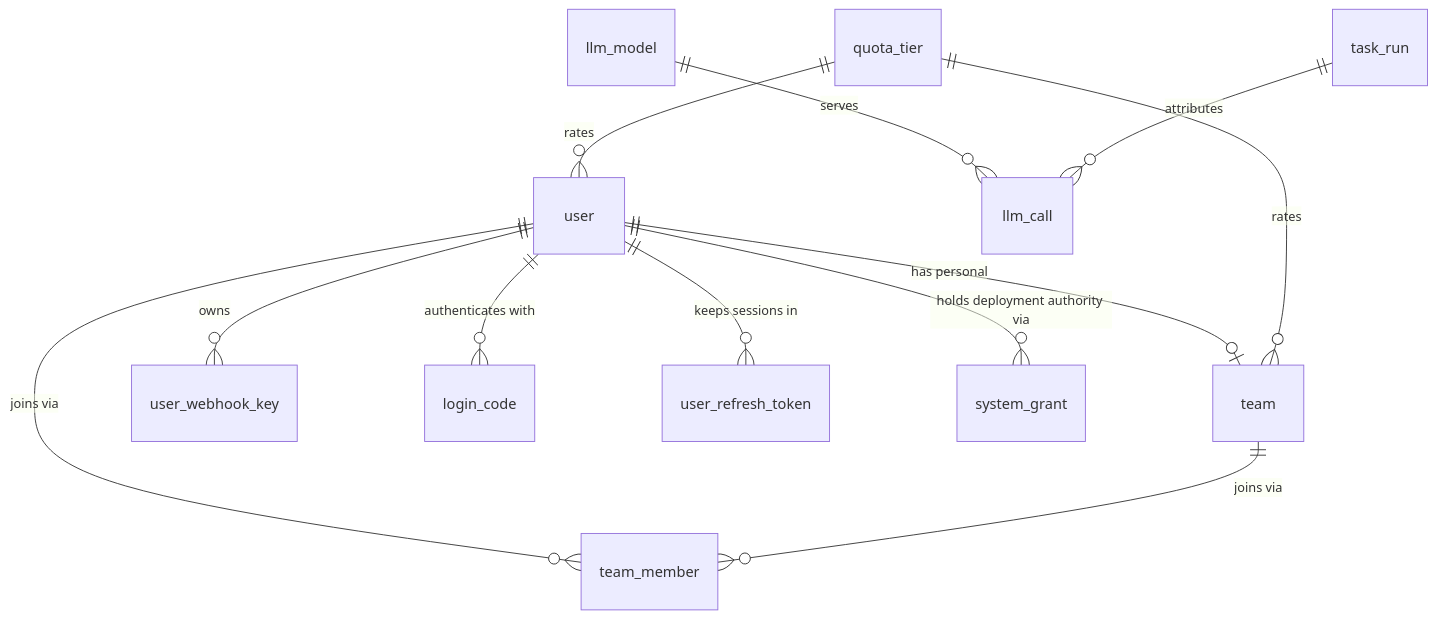
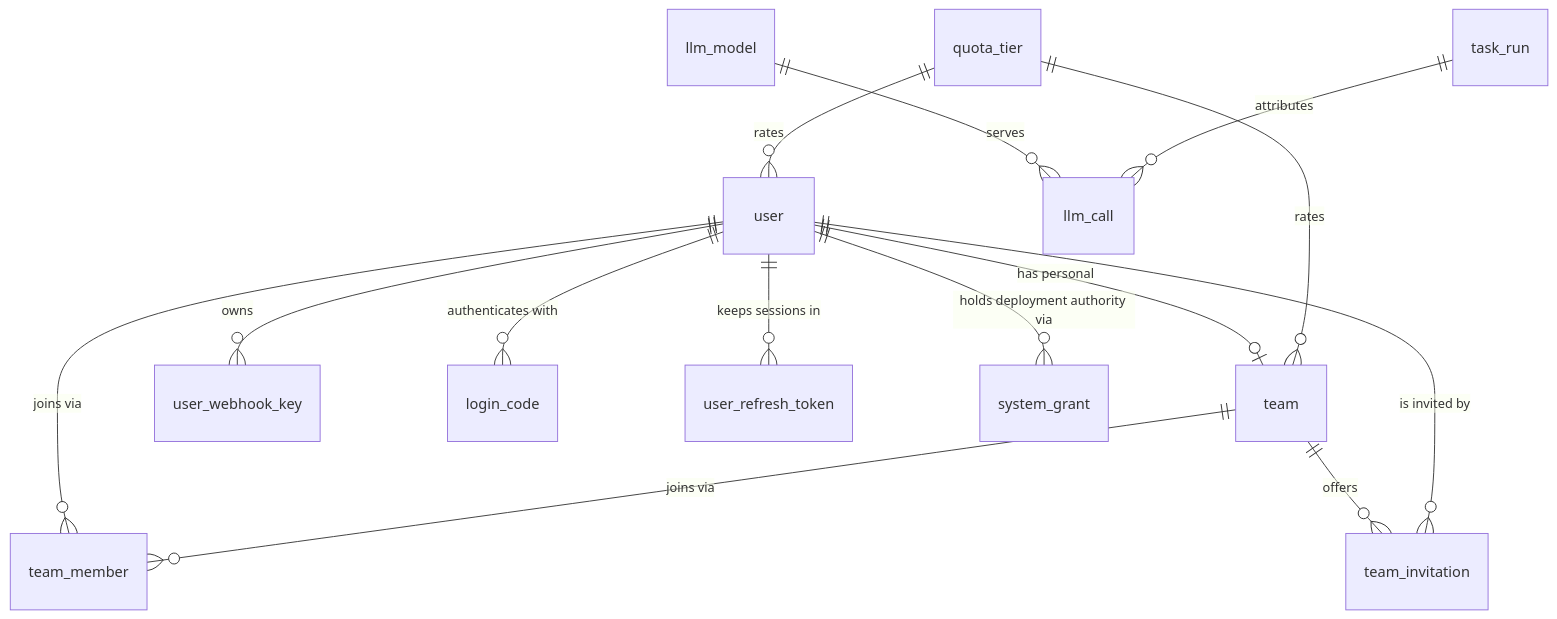
Before and after one commit to gougoujiang/buildmax: the second of 2 diagrams in docs/contribute/architecture/data-model.md, drawn with Mermaid. The commit also changed other lines of this file and 19 other files, not shown here.

First line of the commit message:
feat: Add team invitation, role change, and access recovery

````diff
--- a/docs/contribute/architecture/data-model.md
+++ b/docs/contribute/architecture/data-model.md
@@ -141,14 +141,16 @@
 ```mermaid
 erDiagram
     user ||--o{ team_member : "joins via"
     team ||--o{ team_member : "joins via"
     user ||--o| team : "has personal"
+    team ||--o{ team_invitation : offers
+    user ||--o{ team_invitation : "is invited by"
     quota_tier ||--o{ user : rates
     quota_tier ||--o{ team : rates
     user ||--o{ user_webhook_key : owns
     user ||--o{ login_code : "authenticates with"
     user ||--o{ user_refresh_token : "keeps sessions in"
     user ||--o{ system_grant : "holds deployment authority via"
     llm_model ||--o{ llm_call : serves
     task_run ||--o{ llm_call : attributes
 ```
````
